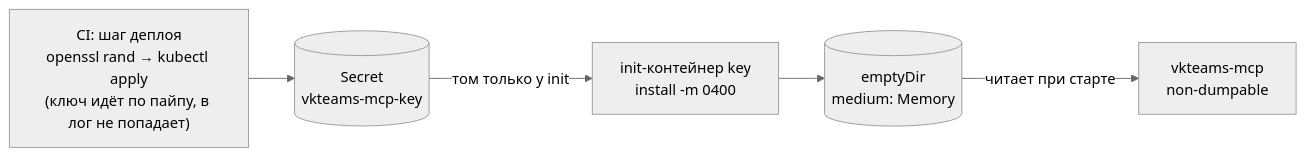
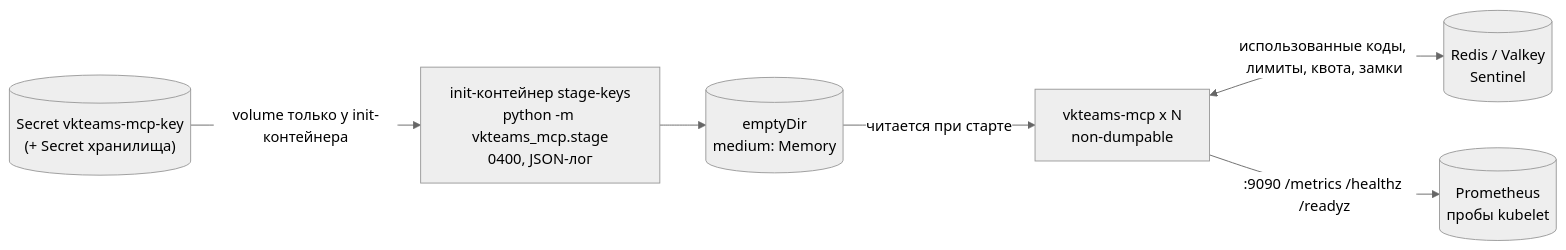
The diagram in deploy/README.md (widmo-ru/vkteams-mcp), drawn with Mermaid (neutral theme) before and after one commit. The commit also changed other lines of this file and 73 other files, not shown here.

First line of the commit message:
0.4.0: many replicas on a shared state store, JSON logs, metrics, and a chart (#3)

````diff
--- a/deploy/README.md
+++ b/deploy/README.md
@@ -9,7 +24,8 @@
 ```mermaid
 flowchart LR
-  CI["CI: шаг деплоя<br/>openssl rand → kubectl apply<br/>(ключ идёт по пайпу, в лог не попадает)"] --> S[("Secret<br/>vkteams-mcp-key")]
-  S -->|"том только у init"| I["init-контейнер key<br/>install -m 0400"]
+  S[("Secret vkteams-mcp-key<br/>(+ Secret хранилища)")] -->|"volume только у init-контейнера"| I["init-контейнер stage-keys<br/>python -m vkteams_mcp.stage<br/>0400, JSON-лог"]
   I --> E[("emptyDir<br/>medium: Memory")]
-  E -->|"читает при старте"| M["vkteams-mcp<br/>non-dumpable"]
+  E -->|"читается при старте"| M["vkteams-mcp x N<br/>non-dumpable"]
+  M <-->|"использованные коды, лимиты, квота, замки"| R[("Redis / Valkey<br/>Sentinel")]
+  M -->|":9090 /metrics /healthz /readyz"| P[("Prometheus<br/>пробы kubelet")]
 ```
````
